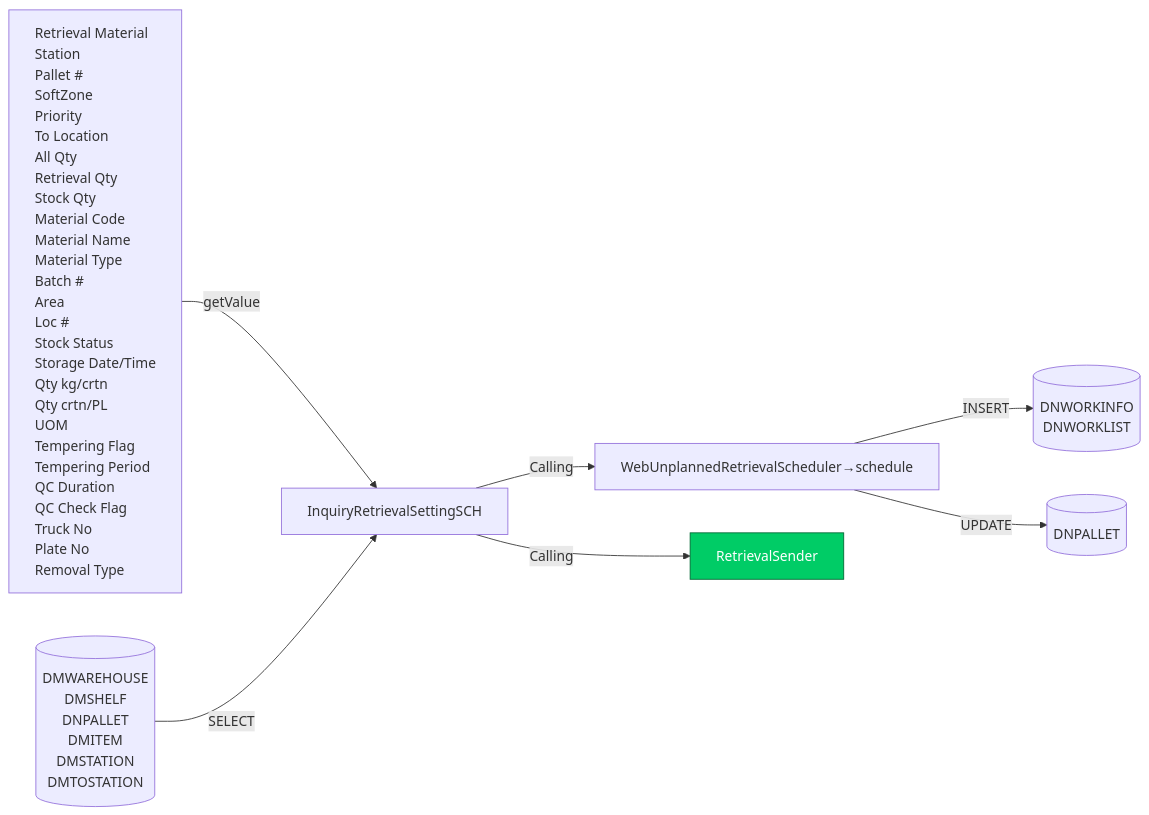
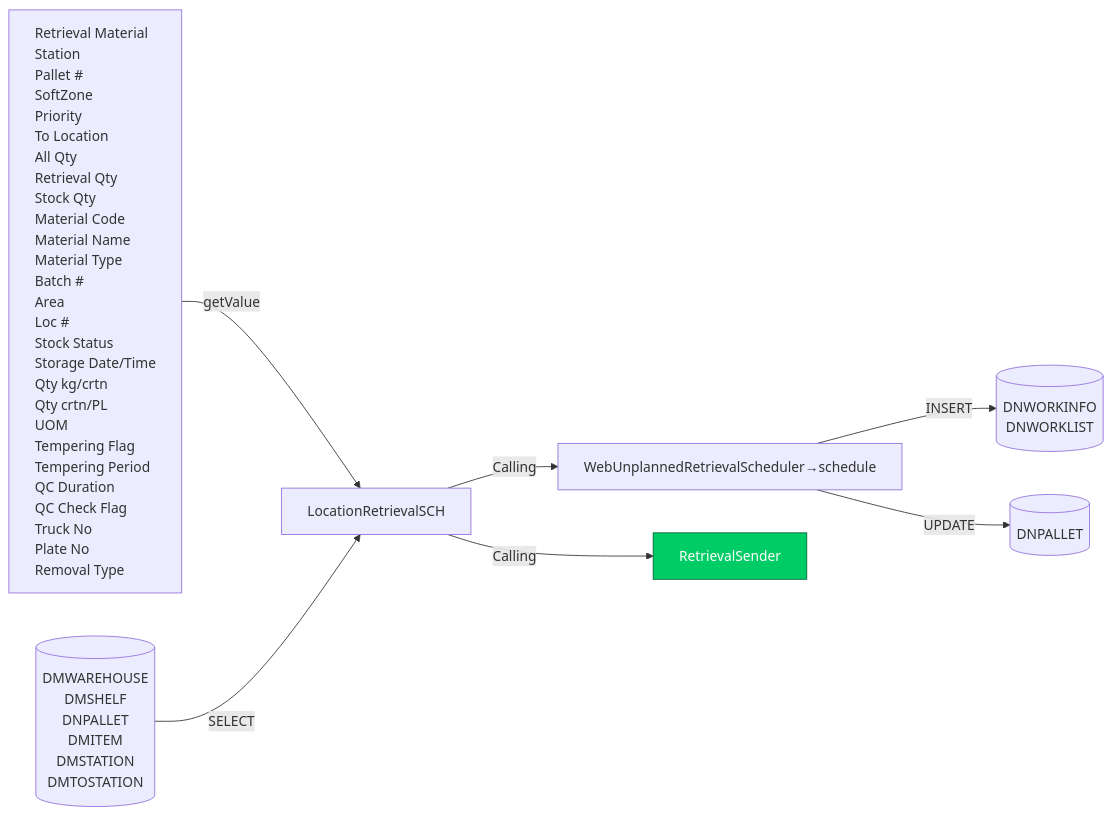
One commit to luthfiadityaa/SimeDarby-Wiki changed the sixth of 21 diagrams in Basic-Design/DFD-WMS/Retrieval/Specific-Location-Retrieval-Setting.md. Above: the diagram before and after it, drawn with Mermaid.

Commit message:
Updated Specific Location Retrieval Setting

```diff
--- a/Basic-Design/DFD-WMS/Retrieval/Specific-Location-Retrieval-Setting.md
+++ b/Basic-Design/DFD-WMS/Retrieval/Specific-Location-Retrieval-Setting.md
@@ -164,63 +164,63 @@
 ::: mermaid
 flowchart LR
     input[
         Retrieval Material
         Station
         Pallet #
         SoftZone
         Priority
         To Location
         All Qty
         Retrieval Qty
         Stock Qty
         Material Code
         Material Name
         Material Type
         Batch #
         Area
         Loc #
         Stock Status
         Storage Date/Time
         Qty kg/crtn
         Qty crtn/PL
         UOM
         Tempering Flag
         Tempering Period
         QC Duration
         QC Check Flag
         Truck No
         Plate No
         Removal Type
     ]
 
     tableList-insert[("
         DNWORKINFO
         DNWORKLIST
     ")]
 
      tableList-select[("
         DMWAREHOUSE
         DMSHELF
         DNPALLET
         DMITEM
         DMSTATION
         DMTOSTATION
     ")]
 
     tableList-update[("
         DNPALLET
     ")]
 
-     className[InquiryRetrievalSettingSCH]
+     className[LocationRetrievalSCH]
     className--> |Calling| className2[WebUnplannedRetrievalScheduler→schedule] --> |INSERT| tableList-insert
     input --> |getValue| className 
     className--> |Calling| P1[RetrievalSender]
     className2 --> |UPDATE| tableList-update
     tableList-select --> |SELECT| className
 
     click P1 "https://dev.azure.com/Daifuku-SW/ID_SimeDarbyPlantation/_wiki/wikis/ID_SimeDarbyPlantation.wiki/956/Stacked-Empty-Pallet?anchor=retrieval-sender" "Go to Retrieval Retrieval Sender"
     style P1 fill:#00cc66,stroke:#006633,color:#ffffff
 
     classDef leftAlign text-align:left;
     class input leftAlign;
 :::
```
